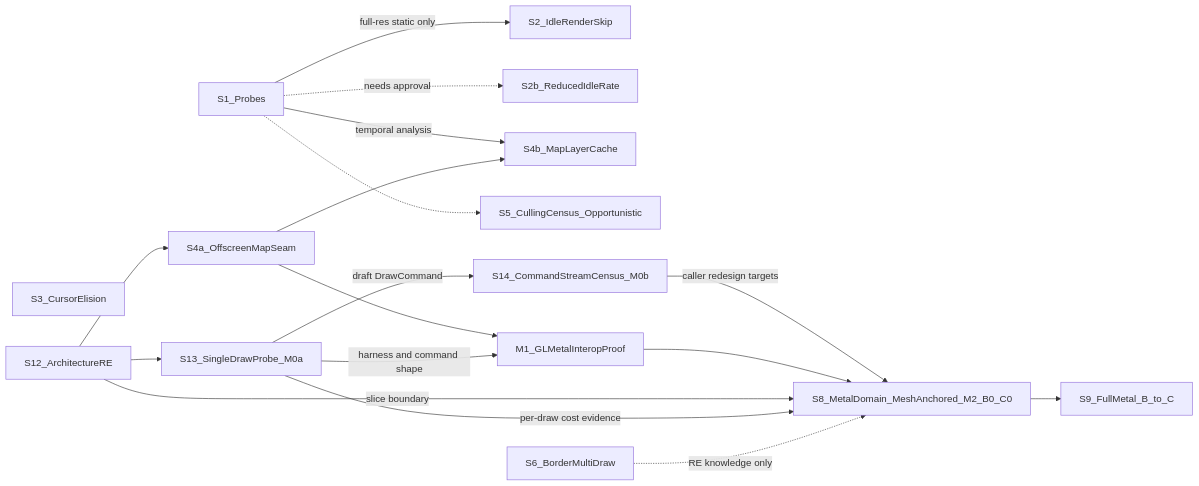
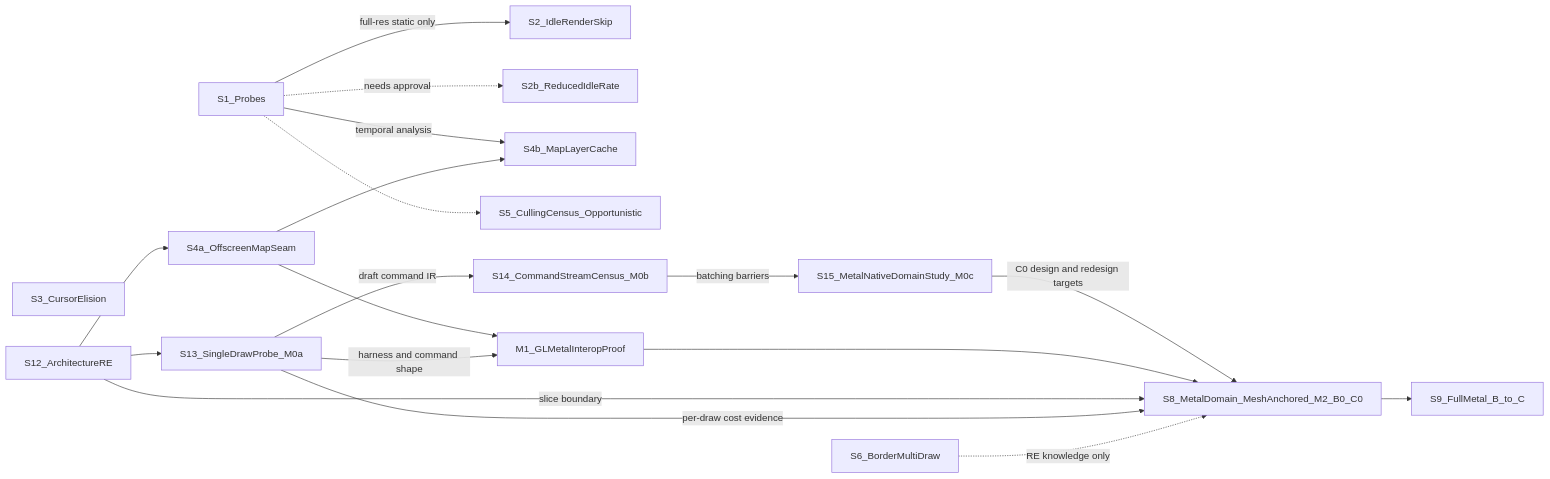
One commit to HagbardCel/eu4-mac-perf changed the diagram in docs/eu4_rendering_alternatives_ranked.md. Above: the diagram before and after it, drawn with Mermaid. The commit also changed other lines of this file and 1 other file, not shown here.

First line of the commit message:
docs: M0c Metal-native domain study, provisional command IR, domain-normalized R4 gate

````diff
--- a/docs/eu4_rendering_alternatives_ranked.md
+++ b/docs/eu4_rendering_alternatives_ranked.md
@@ -293,20 +310,21 @@
 ```mermaid
 flowchart LR
     S1[S1_Probes] -->|"full-res static only"| S2[S2_IdleRenderSkip]
     S1 -.->|"needs approval"| S2b[S2b_ReducedIdleRate]
     S1 -->|"temporal analysis"| S4b[S4b_MapLayerCache]
     S1 -.-> S5[S5_CullingCensus_Opportunistic]
     S3[S3_CursorElision]
     S12[S12_ArchitectureRE] --> S13[S13_SingleDrawProbe_M0a]
-    S13 -->|"draft DrawCommand"| S14[S14_CommandStreamCensus_M0b]
-    S14 -->|"caller redesign targets"| S8
+    S13 -->|"draft command IR"| S14[S14_CommandStreamCensus_M0b]
+    S14 -->|"batching barriers"| S15[S15_MetalNativeDomainStudy_M0c]
+    S15 -->|"C0 design and redesign targets"| S8
     S12 --> S4a[S4a_OffscreenMapSeam]
     S4a --> M1[M1_GLMetalInteropProof]
     S4a --> S4b
     S13 -->|"harness and command shape"| M1
     M1 --> S8[S8_MetalDomain_MeshAnchored_M2_B0_C0]
     S12 -->|"slice boundary"| S8
     S13 -->|"per-draw cost evidence"| S8
     S8 --> S9[S9_FullMetal_B_to_C]
     S6[S6_BorderMultiDraw] -.->|"RE knowledge only"| S8
 ```
````
